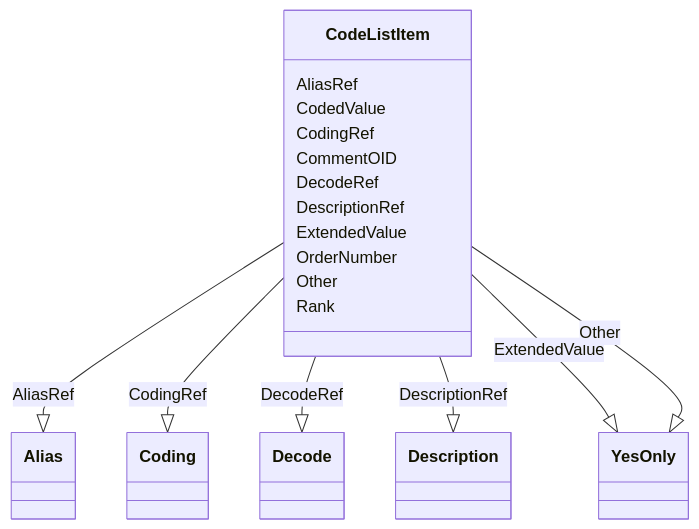
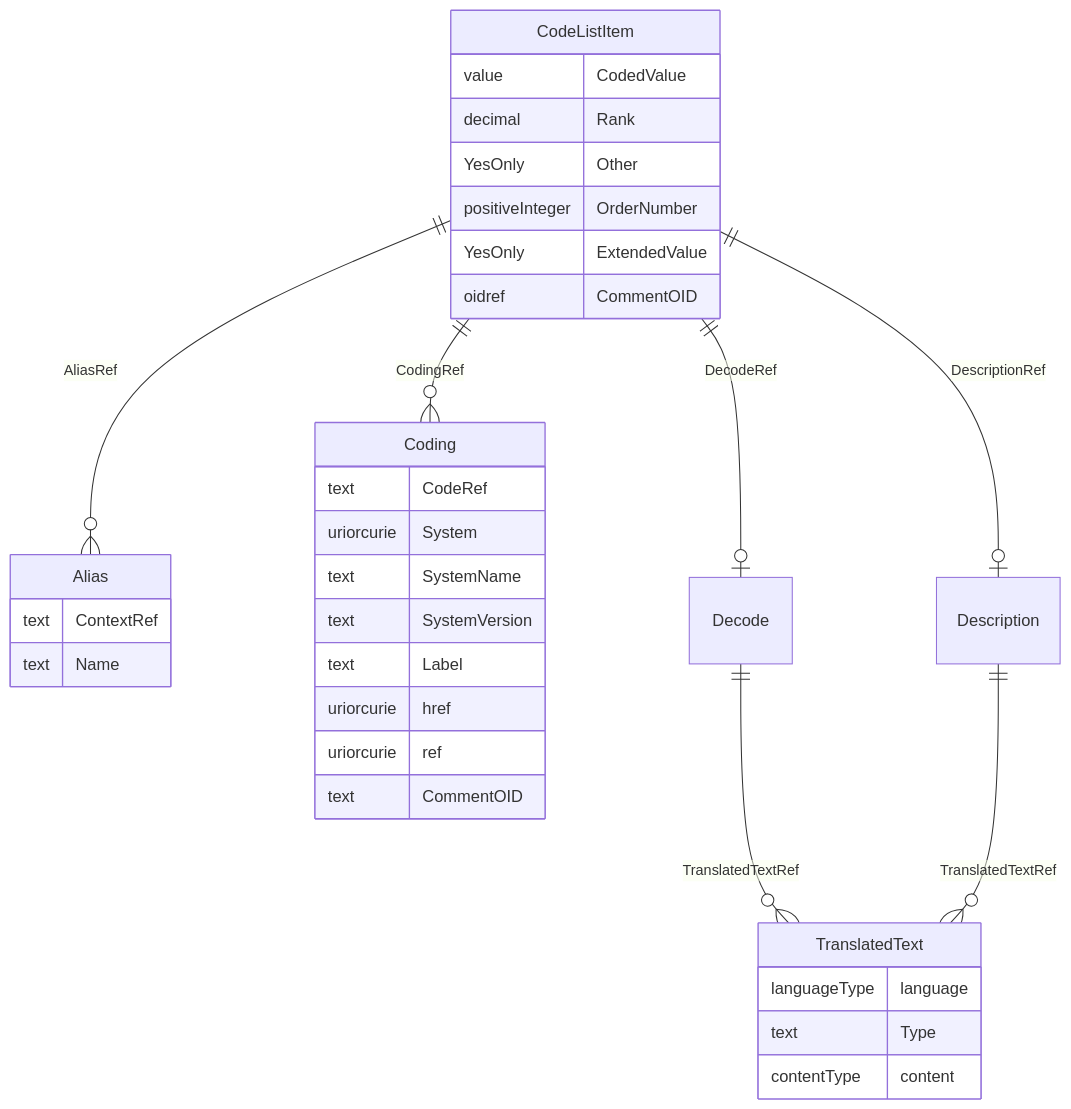
The diagram in docs/CodeListItem.md (cdisc-org/DataExchange-ODM-LinkML), drawn with Mermaid before and after one commit. The commit also changed other lines of this file and 181 other files, not shown here.

Commit message:
ER diagrams working via templates and removing names with underscores

````diff
--- a/docs/CodeListItem.md
+++ b/docs/CodeListItem.md
@@ -14,37 +11,44 @@
 ```mermaid
- classDiagram
-    class CodeListItem
-      CodeListItem : AliasRef
-        
-          CodeListItem --|> Alias : AliasRef
-        
-      CodeListItem : CodedValue
-        
-      CodeListItem : CodingRef
-        
-          CodeListItem --|> Coding : CodingRef
-        
-      CodeListItem : CommentOID
-        
-      CodeListItem : DecodeRef
-        
-          CodeListItem --|> Decode : DecodeRef
-        
-      CodeListItem : DescriptionRef
-        
-          CodeListItem --|> Description : DescriptionRef
-        
-      CodeListItem : ExtendedValue
-        
-          CodeListItem --|> YesOnly : ExtendedValue
-        
-      CodeListItem : OrderNumber
-        
-      CodeListItem : Other
-        
-          CodeListItem --|> YesOnly : Other
-        
-      CodeListItem : Rank
-        
-      
+erDiagram
+CodeListItem {
+    value CodedValue  
+    decimal Rank  
+    YesOnly Other  
+    positiveInteger OrderNumber  
+    YesOnly ExtendedValue  
+    oidref CommentOID  
+}
+Alias {
+    text ContextRef  
+    text Name  
+}
+Coding {
+    text CodeRef  
+    uriorcurie System  
+    text SystemName  
+    text SystemVersion  
+    text Label  
+    uriorcurie href  
+    uriorcurie ref  
+    text CommentOID  
+}
+Decode {
+
+}
+TranslatedText {
+    languageType language  
+    text Type  
+    contentType content  
+}
+Description {
+
+}
+
+CodeListItem ||--|o Description : "DescriptionRef"
+CodeListItem ||--|o Decode : "DecodeRef"
+CodeListItem ||--}o Coding : "CodingRef"
+CodeListItem ||--}o Alias : "AliasRef"
+Decode ||--}o TranslatedText : "TranslatedTextRef"
+Description ||--}o TranslatedText : "TranslatedTextRef"
+
 ```
````
